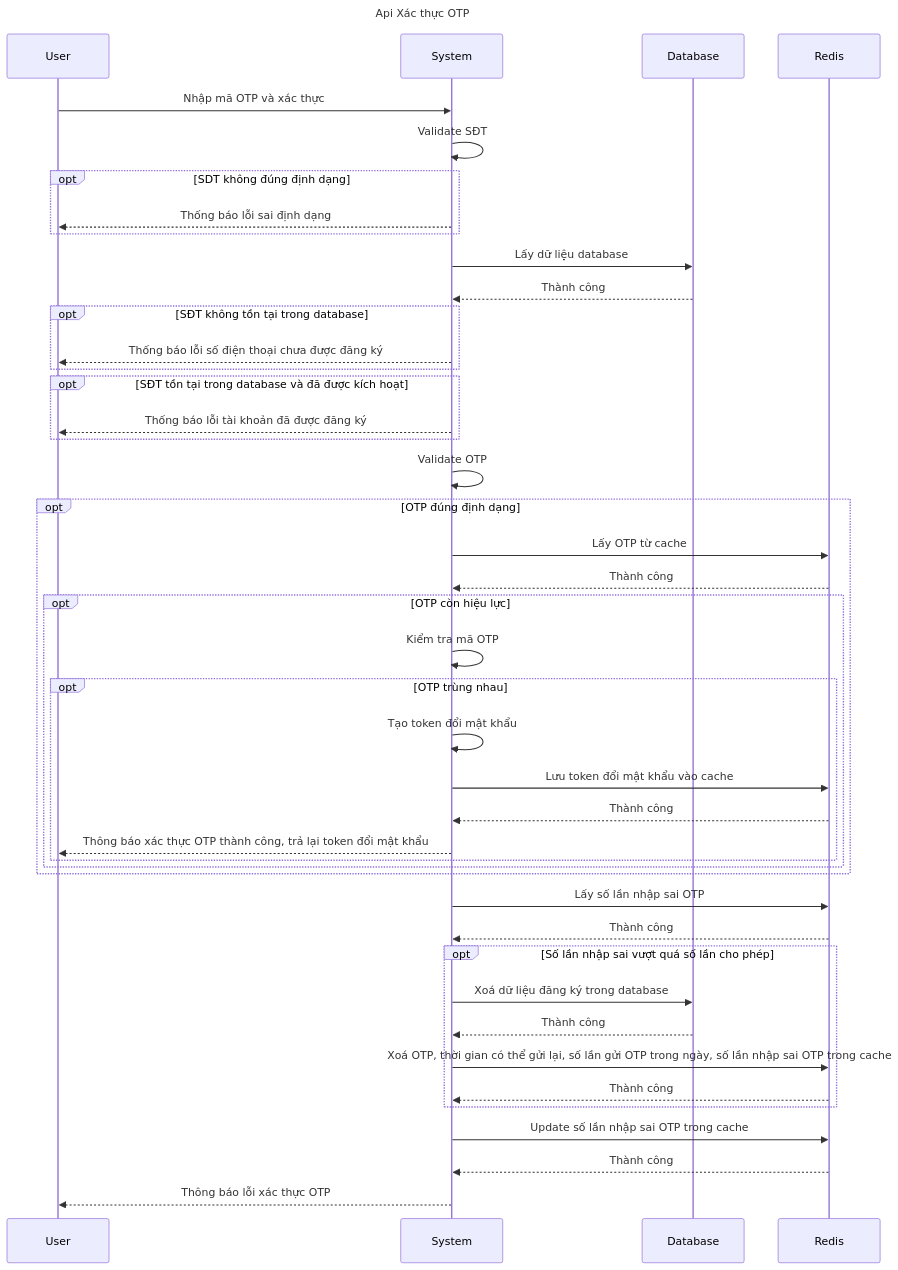
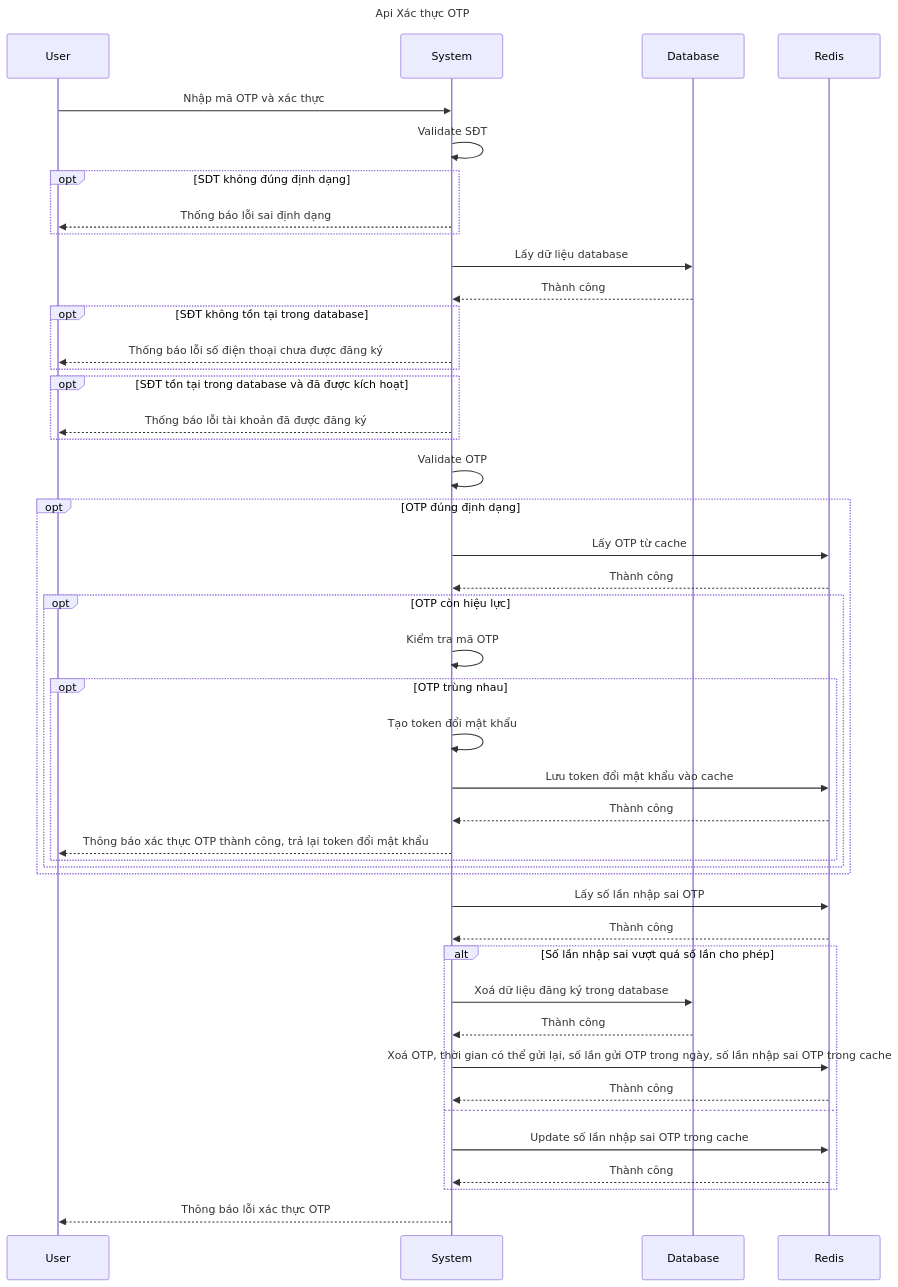
One commit to hoanglam995/spring-tutorial changed the third of 8 diagrams in readme.md. Above: the diagram before and after it, drawn with Mermaid. The commit also changed other lines of this file, not shown here.

Commit message:
Flowchart

````diff
--- a/readme.md
+++ b/readme.md
@@ -181,66 +181,64 @@
 ```mermaid
 ---
 title: Api Xác thực OTP
 ---
 sequenceDiagram
   participant User
   participant System
   participant Database
   participant Redis
 
   User->>System: Nhập mã OTP và xác thực
 
   System->>System:Validate SĐT
 
   opt SDT không đúng định dạng
     System-->>User: Thống báo lỗi sai định dạng
   end
 
   System->>Database: Lấy dữ liệu database
   Database-->>System: Thành công
   
   opt SĐT không tồn tại trong database
-  System-->>User: Thống báo lỗi số điện thoại chưa được đăng ký
+    System-->>User: Thống báo lỗi số điện thoại chưa được đăng ký
   end
   
   opt SĐT tồn tại trong database và đã được kích hoạt
-  System-->>User: Thống báo lỗi tài khoản đã được đăng ký
+    System-->>User: Thống báo lỗi tài khoản đã được đăng ký
   end
   
   System->>System: Validate OTP
   
   opt OTP đúng định dạng
     System->>Redis: Lấy OTP từ cache
     Redis-->>System: Thành công
     
     opt OTP còn hiệu lực
     System->>System: Kiểm tra mã OTP
     
       opt OTP trùng nhau
       System->>System: Tạo token đổi mật khẩu
       
       System->>Redis: Lưu token đổi mật khẩu vào cache
       Redis-->>System: Thành công
       
       System-->>User: Thông báo xác thực OTP thành công, trả lại token đổi mật khẩu
       end
     end
   end
   
   System->>Redis: Lấy số lần nhập sai OTP
   Redis-->>System: Thành công
   
-  opt Số lần nhập sai vượt quá số lần cho phép
-  
-  System->>Database: Xoá dữ liệu đăng ký trong database
-  Database-->>System: Thành công
-  
-  System->>Redis: Xoá OTP, thời gian có thể gửi lại, số lần gửi OTP trong ngày, số lần nhập sai OTP trong cache
-  Redis-->>System: Thành công
+  alt Số lần nhập sai vượt quá số lần cho phép
+    System->>Database: Xoá dữ liệu đăng ký trong database
+    Database-->>System: Thành công
+    
+    System->>Redis: Xoá OTP, thời gian có thể gửi lại, số lần gửi OTP trong ngày, số lần nhập sai OTP trong cache
+    Redis-->>System: Thành công
+  else
+    System->>Redis: Update số lần nhập sai OTP trong cache
+    Redis-->>System: Thành công 
   end
-  
-  System->>Redis: Update số lần nhập sai OTP trong cache
-  Redis-->>System: Thành công
-  
   System-->>User: Thông báo lỗi xác thực OTP
 ```
````
